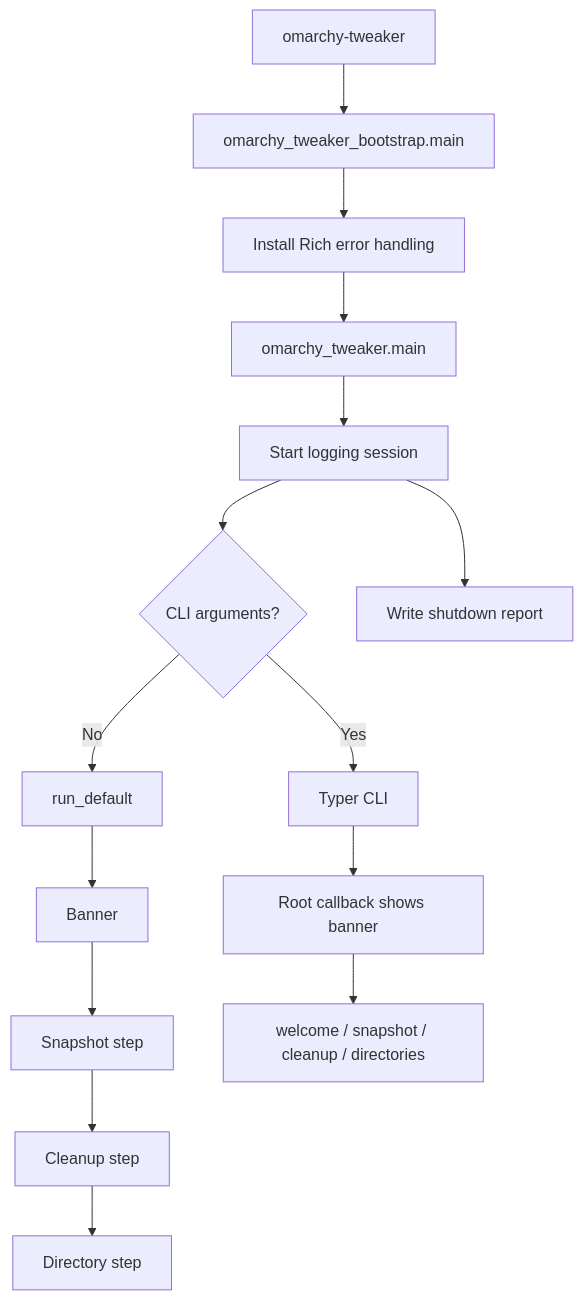
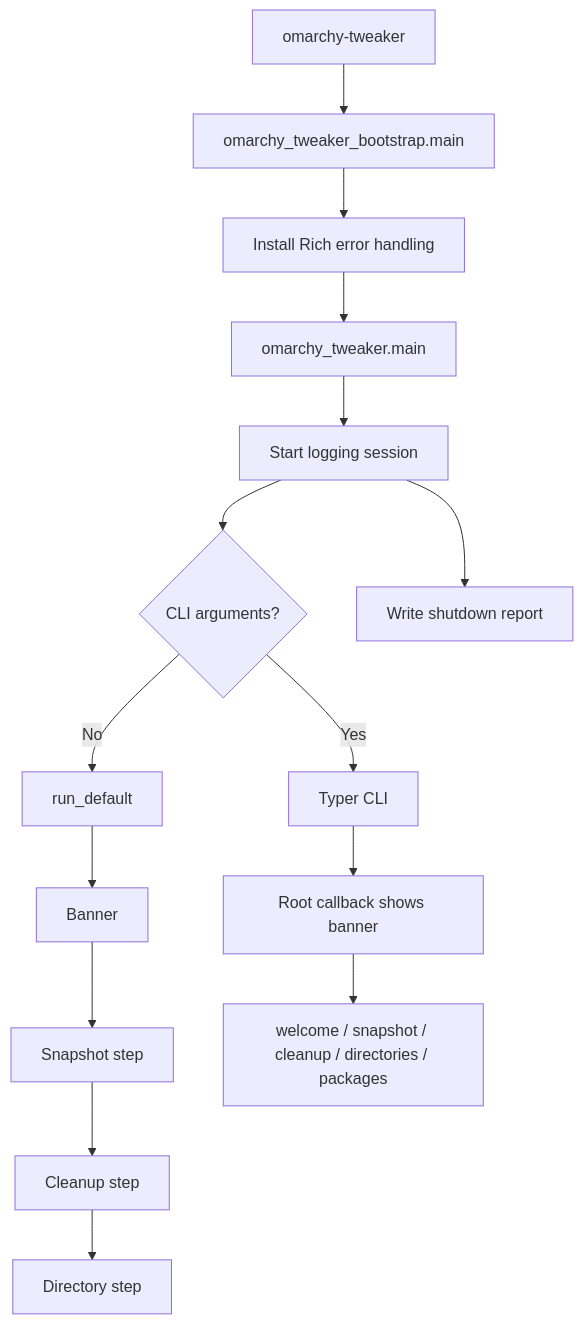
Before and after one commit to Armoghans-Organization/Omarchy-Tweaker: the first of 3 diagrams in docs/architecture.md, drawn with Mermaid. The commit also changed other lines of this file and 19 other files, not shown here.

````diff
--- a/docs/architecture.md
+++ b/docs/architecture.md
@@ -18,17 +18,17 @@
 ```mermaid
 flowchart TD
     A[omarchy-tweaker] --> B[omarchy_tweaker_bootstrap.main]
     B --> C[Install Rich error handling]
     C --> D[omarchy_tweaker.main]
     D --> E[Start logging session]
     E --> F{CLI arguments?}
     F -- No --> G[run_default]
     G --> H[Banner]
     H --> I[Snapshot step]
     I --> J[Cleanup step]
     J --> O[Directory step]
     F -- Yes --> K[Typer CLI]
     K --> L[Root callback shows banner]
-    L --> M[welcome / snapshot / cleanup / directories]
+    L --> M[welcome / snapshot / cleanup / directories / packages]
     E --> N[Write shutdown report]
 ```
````
